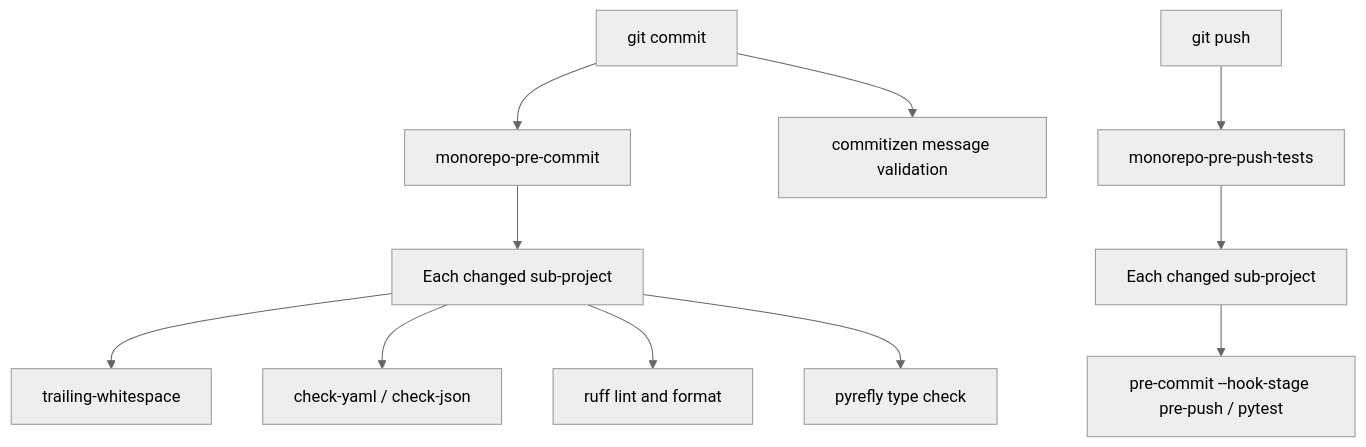
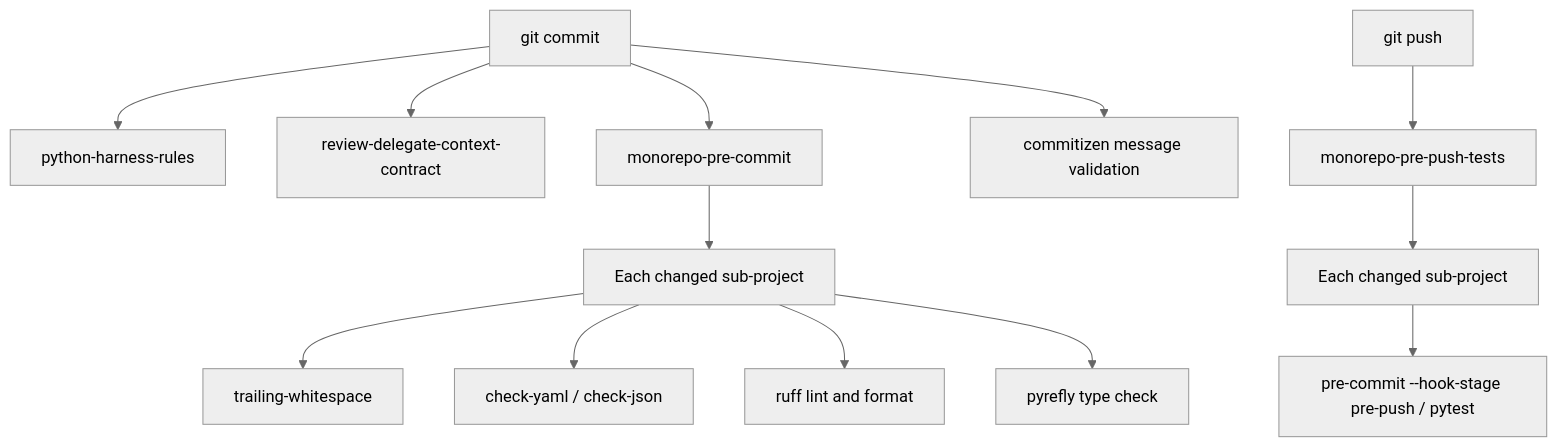
One commit to E5presso/spakky-framework changed the diagram in CONTRIBUTING.md. Above: the diagram before and after it, drawn with Mermaid (neutral theme). The commit also changed other lines of this file and 5 other files, not shown here.

Commit message:
fix(harness): align review delegate persona context (#514)

````diff
--- a/CONTRIBUTING.md
+++ b/CONTRIBUTING.md
@@ -98,16 +98,18 @@
 ```mermaid
 flowchart TD
     commit[git commit]
+    commit --> pythonharness[python-harness-rules]
+    commit --> reviewcontract[review-delegate-context-contract]
     commit --> precommit[monorepo-pre-commit]
     commit --> commitizen[commitizen message validation]
     precommit --> changed[Each changed sub-project]
     changed --> whitespace[trailing-whitespace]
     changed --> syntax[check-yaml / check-json]
     changed --> ruff[ruff lint and format]
     changed --> pyrefly[pyrefly type check]
 
     push[git push]
     push --> prepush[monorepo-pre-push-tests]
     prepush --> subproject[Each changed sub-project]
     subproject --> pytest[pre-commit --hook-stage pre-push / pytest]
 ```
````
